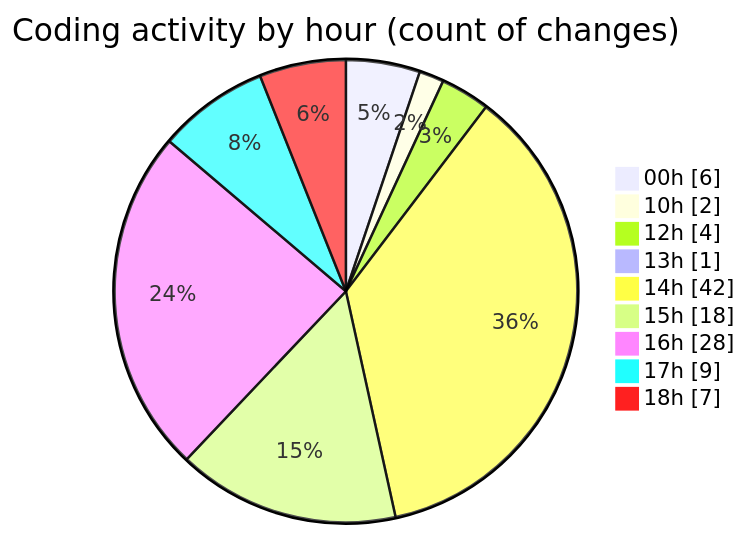
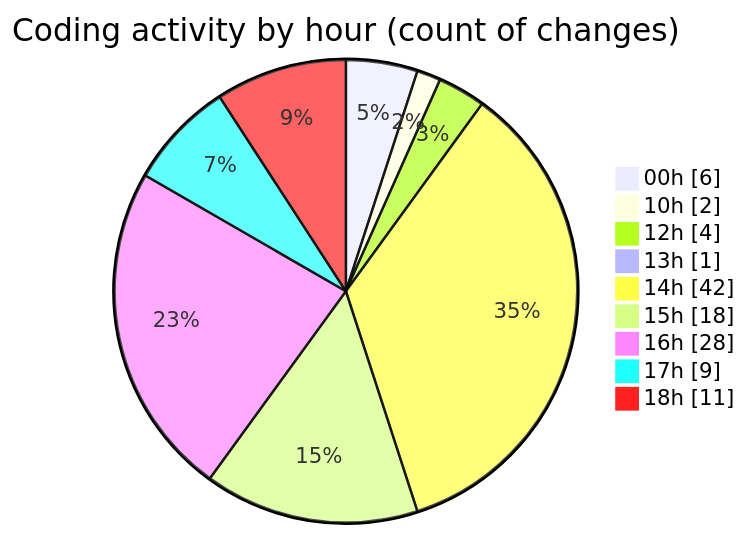
One commit to nxtqubesakshisongat/code-tracking changed the second of 2 diagrams in 2025-06-04/nxtqube_webapp/README.md. Above: the diagram before and after it, drawn with Mermaid. The commit also changed other lines of this file and 1 other file, not shown here.

````diff
--- a/2025-06-04/nxtqube_webapp/README.md
+++ b/2025-06-04/nxtqube_webapp/README.md
@@ -36,13 +36,13 @@
 ```mermaid
 pie showData
 title Coding activity by hour (count of changes)
 "00h" : 6
 "10h" : 2
 "12h" : 4
 "13h" : 1
 "14h" : 42
 "15h" : 18
 "16h" : 28
 "17h" : 9
-"18h" : 7
+"18h" : 11
 ```
````
